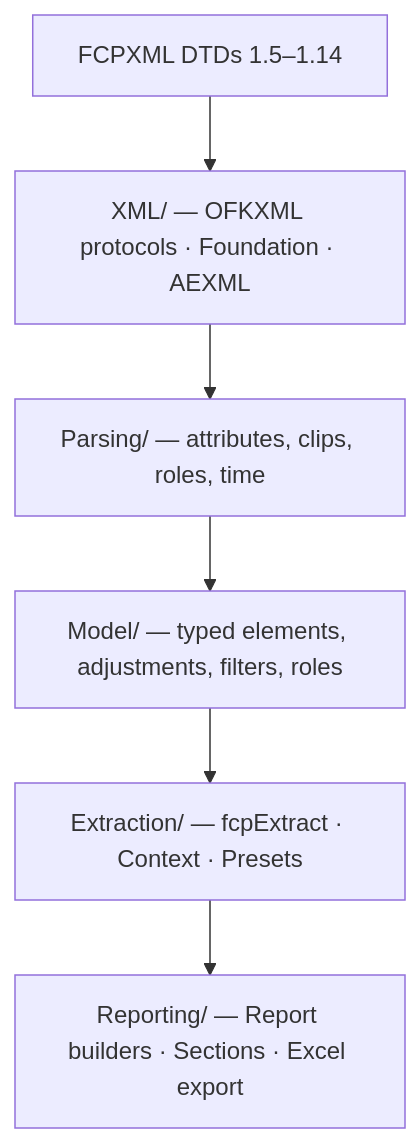
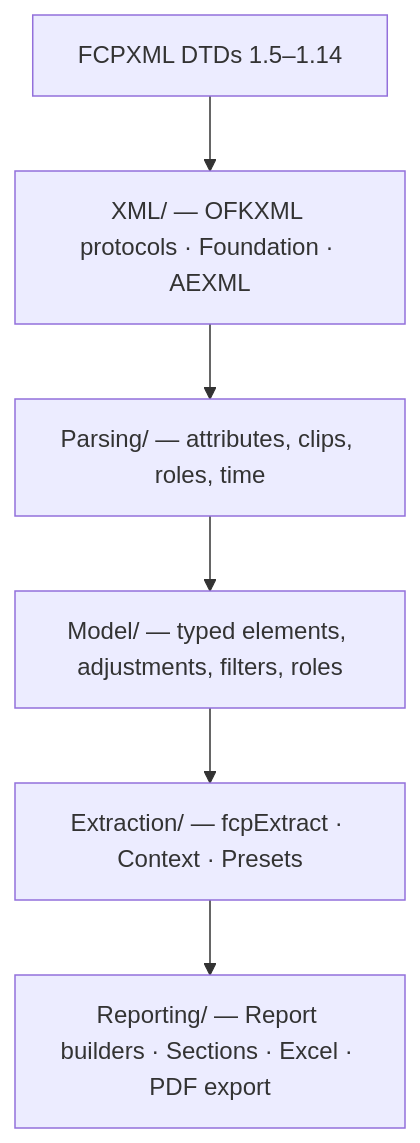
Before and after one commit to TheAcharya/OpenFCPXMLKit: the second of 4 diagrams in ARCHITECTURE.md, drawn with Mermaid. The commit also changed other lines of this file and 22 other files, not shown here.

First line of the commit message:
Document PDF reporting for 3.0.4 and align CLI help text.

````diff
--- a/ARCHITECTURE.md
+++ b/ARCHITECTURE.md
@@ -170,11 +172,11 @@
 ```mermaid
 flowchart TB
     DTD["FCPXML DTDs 1.5–1.14"]
     XML["XML/ — OFKXML protocols · Foundation · AEXML"]
     PRS["Parsing/ — attributes, clips, roles, time"]
     MDL["Model/ — typed elements, adjustments, filters, roles"]
     EXT["Extraction/ — fcpExtract · Context · Presets"]
-    REP["Reporting/ — Report builders · Sections · Excel export"]
+    REP["Reporting/ — Report builders · Sections · Excel · PDF export"]
 
     DTD --> XML --> PRS --> MDL --> EXT --> REP
 ```
````
